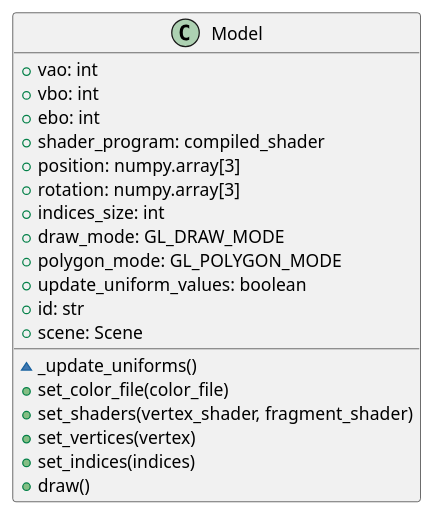
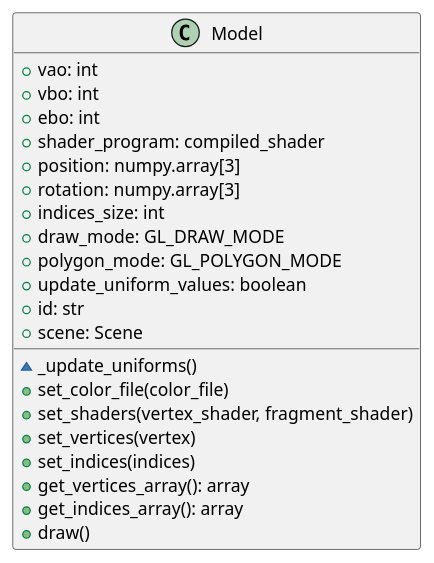
The diagram in docs/classes/Model.puml (ferpoble2/Relief_Creator), drawn with PlantUML before and after one commit. The commit also changed 1 other file, not shown here.

Commit message:
Added methods to get the vertex array and the indices array to the models

```diff
--- a/docs/classes/Model.puml
+++ b/docs/classes/Model.puml
@@ -1,23 +1,25 @@
 @startuml
 class Model {
                     + vao: int
                     + vbo: int
                     + ebo: int
                     + shader_program: compiled_shader
                     + position: numpy.array[3]
                     + rotation: numpy.array[3]
                     + indices_size: int
                     + draw_mode: GL_DRAW_MODE
                     + polygon_mode: GL_POLYGON_MODE
                     + update_uniform_values: boolean
                     + id: str
                     + scene: Scene
 
                     ~ _update_uniforms()
                     + set_color_file(color_file)
                     + set_shaders(vertex_shader, fragment_shader)
                     + set_vertices(vertex)
                     + set_indices(indices)
+                    + get_vertices_array(): array
+                    + get_indices_array(): array
                     + draw()
                 }
 @enduml
```
